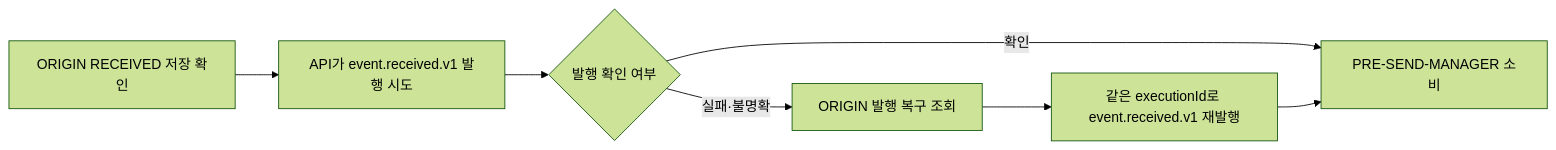
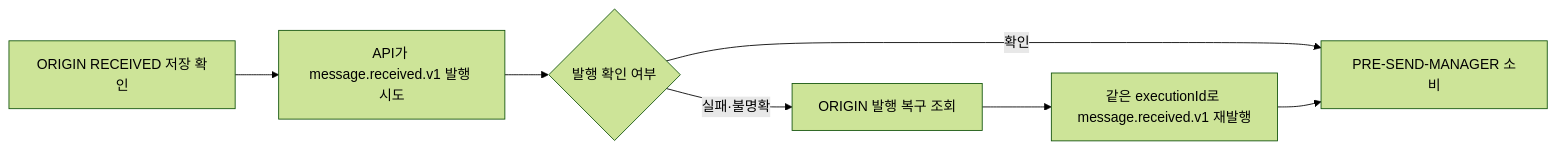
Before and after one commit to hyun-seung/High-throughput-event-platform: the third of 10 diagrams in docs/53-신규-메시지-케이스별-Call-Flow.md, drawn with Mermaid (forest theme). The commit also changed other lines of this file and 16 other files, not shown here.

````diff
--- a/docs/53-신규-메시지-케이스별-Call-Flow.md
+++ b/docs/53-신규-메시지-케이스별-Call-Flow.md
@@ -115,9 +115,9 @@
 ```mermaid
 flowchart LR
-    A[ORIGIN RECEIVED 저장 확인] --> P[API가 event.received.v1 발행 시도]
+    A[ORIGIN RECEIVED 저장 확인] --> P[API가 message.received.v1 발행 시도]
     P --> U{발행 확인 여부}
     U -->|확인| M[PRE-SEND-MANAGER 소비]
     U -->|실패·불명확| G[ORIGIN 발행 복구 조회]
-    G --> K[같은 executionId로 event.received.v1 재발행]
+    G --> K[같은 executionId로 message.received.v1 재발행]
     K --> M
 ```
````
